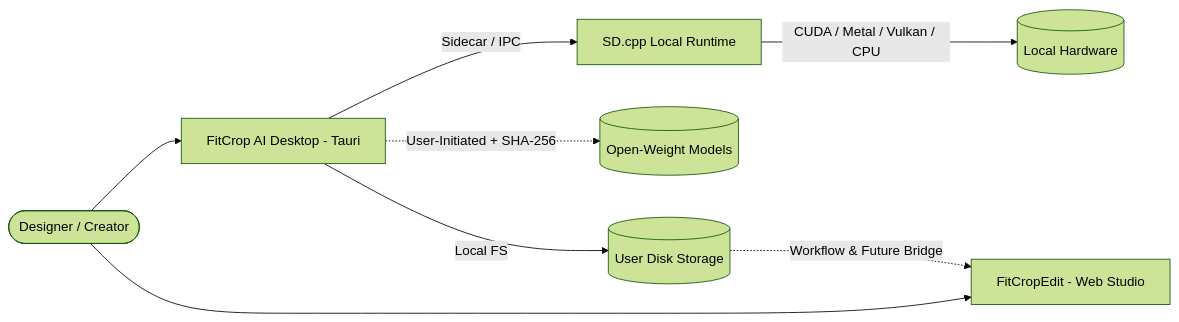
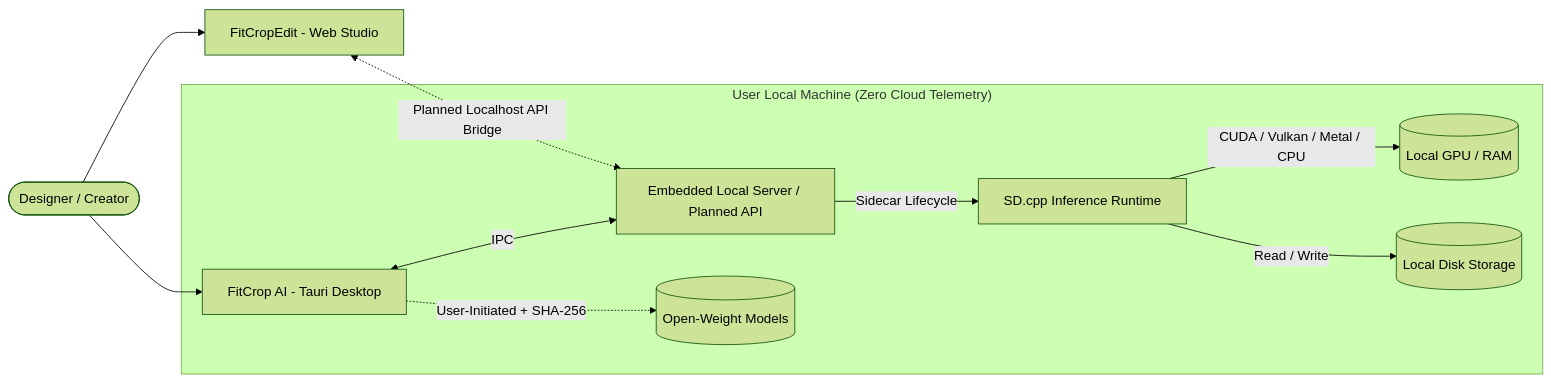
One commit to ya6/fitcrop-platform changed the diagram in README.md. Above: the diagram before and after it, drawn with Mermaid (forest theme). The commit also changed other lines of this file, not shown here.

````diff
--- a/README.md
+++ b/README.md
@@ -31,10 +54,15 @@
 ```mermaid
 flowchart LR
-    User([Designer / Creator]) --> Desktop[FitCrop AI Desktop - Tauri]
-    Desktop -->|Sidecar / IPC| Engine[SD.cpp Local Runtime]
-    Engine -->|CUDA / Metal / Vulkan / CPU| HW[(Local Hardware)]
-    Desktop -.->|User-Initiated + SHA-256| Models[(Open-Weight Models)]
-    Desktop -->|Local FS| Output[(User Disk Storage)]
-    User --> Web[FitCropEdit - Web Studio]
-    Output -.->|Workflow & Future Bridge| Web
+    User([Designer / Creator]) --> Web[FitCropEdit - Web Studio]
+    User --> Desktop[FitCrop AI - Tauri Desktop]
+
+    subgraph LocalMachine["User Local Machine (Zero Cloud Telemetry)"]
+        Desktop <-->|IPC| Server[Embedded Local Server / Planned API]
+        Server -->|Sidecar Lifecycle| Engine[SD.cpp Inference Runtime]
+        Engine -->|CUDA / Vulkan / Metal / CPU| HW[(Local GPU / RAM)]
+        Desktop -.->|User-Initiated + SHA-256| Models[(Open-Weight Models)]
+        Engine -->|Read / Write| Disk[(Local Disk Storage)]
+    end
+
+    Web <-.->|Planned Localhost API Bridge| Server
 ```
````
